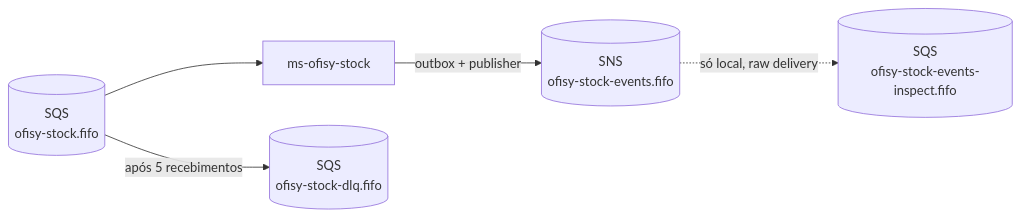
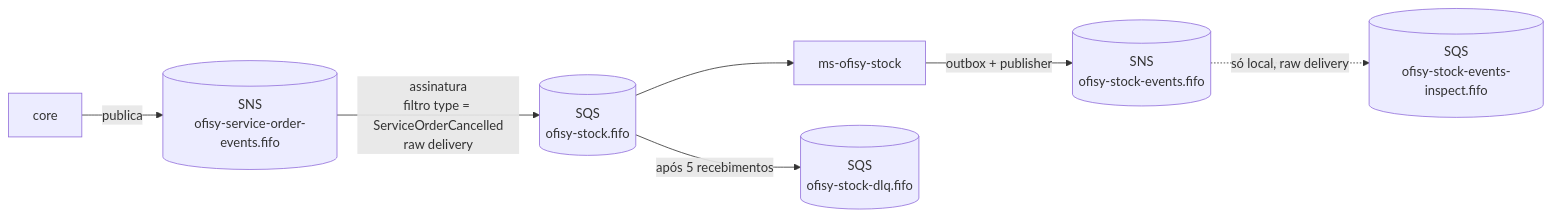
One commit to 15SOAT-FIAP/ms-ofisy-stock changed the first of 2 diagrams in docs/MESSAGING.md. Above: the diagram before and after it, drawn with Mermaid. The commit also changed other lines of this file, not shown here.

Commit message:
docs: documentar o consumo do ServiceOrderCancelled e o StockRefunded

````diff
--- a/docs/MESSAGING.md
+++ b/docs/MESSAGING.md
@@ -11,7 +11,9 @@
 ```mermaid
 flowchart LR
-    app[ms-ofisy-stock] -->|outbox + publisher| topic[(SNS<br/>ofisy-stock-events.fifo)]
+    core[core] -->|publica| soTopic[(SNS<br/>ofisy-service-order-events.fifo)]
+    soTopic -->|assinatura<br/>filtro type = ServiceOrderCancelled<br/>raw delivery| queue[(SQS<br/>ofisy-stock.fifo)]
+    queue --> app[ms-ofisy-stock]
+    queue -->|após 5 recebimentos| dlq[(SQS<br/>ofisy-stock-dlq.fifo)]
+    app -->|outbox + publisher| topic[(SNS<br/>ofisy-stock-events.fifo)]
     topic -.->|só local, raw delivery| inspect[(SQS<br/>ofisy-stock-events-inspect.fifo)]
-    queue[(SQS<br/>ofisy-stock.fifo)] --> app
-    queue -->|após 5 recebimentos| dlq[(SQS<br/>ofisy-stock-dlq.fifo)]
 ```
````
